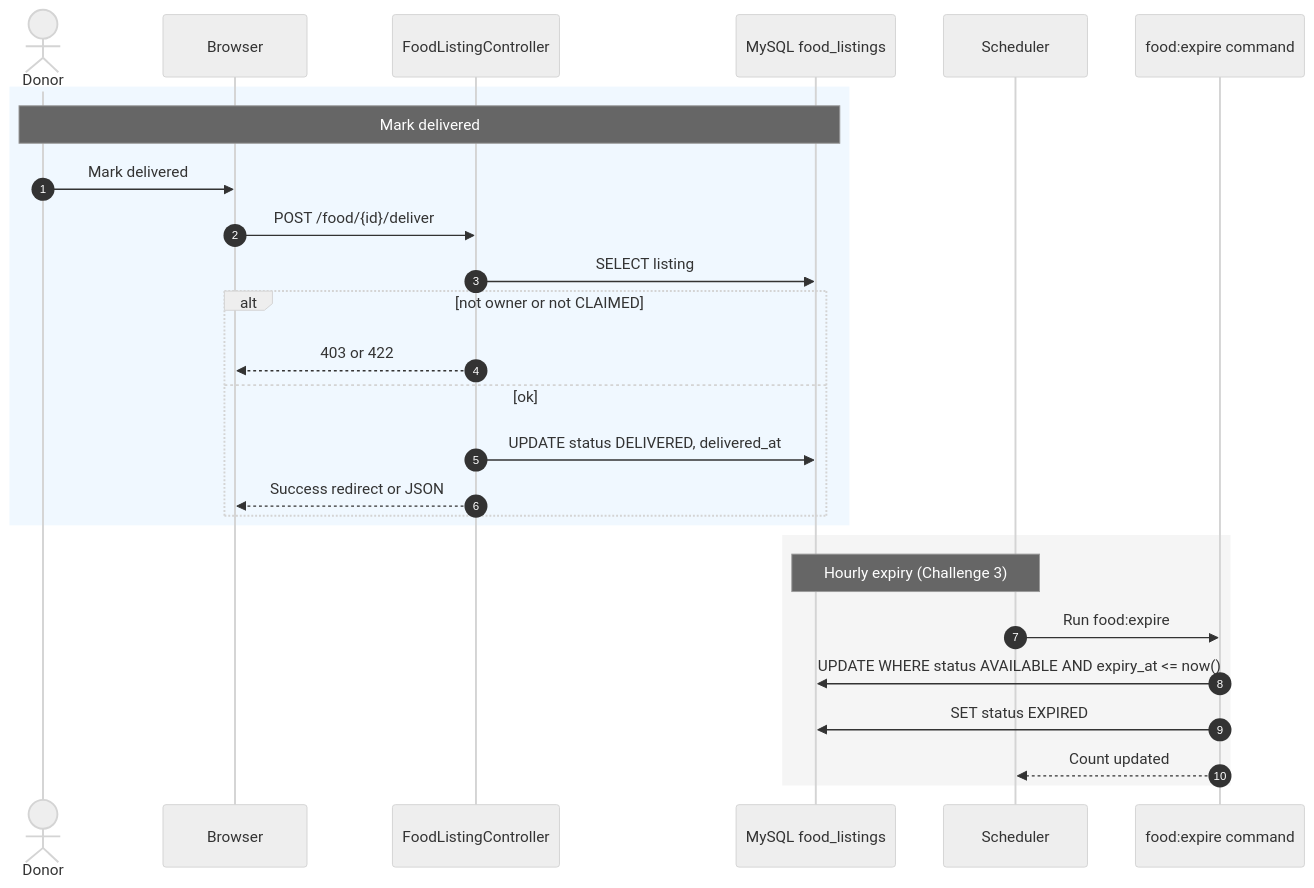
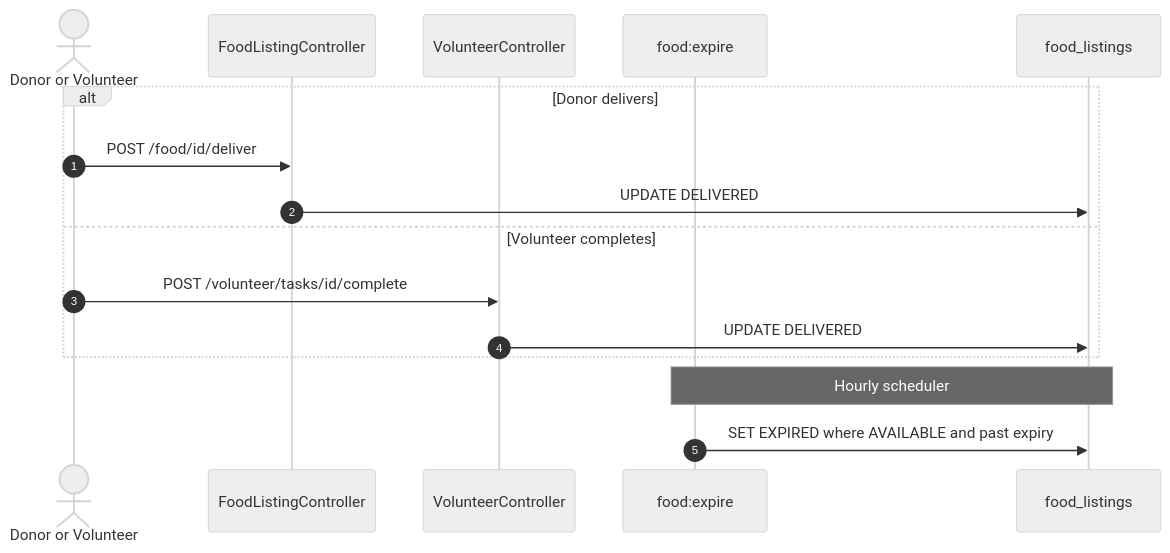
One commit to Shaheerazam111/Community-Food-Wastage-Reduction-Portal-v2 changed the diagram in Documentation/images/v2/source/08-sequence-deliver-expire.mmd. Above: the diagram before and after it, drawn with Mermaid (neutral theme). The commit also changed 138 other files, not shown here.

```diff
--- a/Documentation/images/v2/source/08-sequence-deliver-expire.mmd
+++ b/Documentation/images/v2/source/08-sequence-deliver-expire.mmd
@@ -1,29 +1,18 @@
 sequenceDiagram
     autonumber
-    actor Donor
-    participant Browser
+    actor User as Donor or Volunteer
     participant Food as FoodListingController
-    participant DB as MySQL food_listings
-    participant Cron as Scheduler
-    participant Cmd as food:expire command
+    participant Vol as VolunteerController
+    participant Cmd as food:expire
+    participant DB as food_listings
 
-    rect rgb(240, 248, 255)
-        Note over Donor,DB: Mark delivered
-        Donor->>Browser: Mark delivered
-        Browser->>Food: POST /food/{id}/deliver
-        Food->>DB: SELECT listing
-        alt not owner or not CLAIMED
-            Food-->>Browser: 403 or 422
-        else ok
-            Food->>DB: UPDATE status DELIVERED, delivered_at
-            Food-->>Browser: Success redirect or JSON
-        end
+    alt Donor delivers
+        User->>Food: POST /food/id/deliver
+        Food->>DB: UPDATE DELIVERED
+    else Volunteer completes
+        User->>Vol: POST /volunteer/tasks/id/complete
+        Vol->>DB: UPDATE DELIVERED
     end
 
-    rect rgb(245, 245, 245)
-        Note over Cron,DB: Hourly expiry (Challenge 3)
-        Cron->>Cmd: Run food:expire
-        Cmd->>DB: UPDATE WHERE status AVAILABLE AND expiry_at <= now()
-        Cmd->>DB: SET status EXPIRED
-        Cmd-->>Cron: Count updated
-    end
+    Note over Cmd,DB: Hourly scheduler
+    Cmd->>DB: SET EXPIRED where AVAILABLE and past expiry
```
